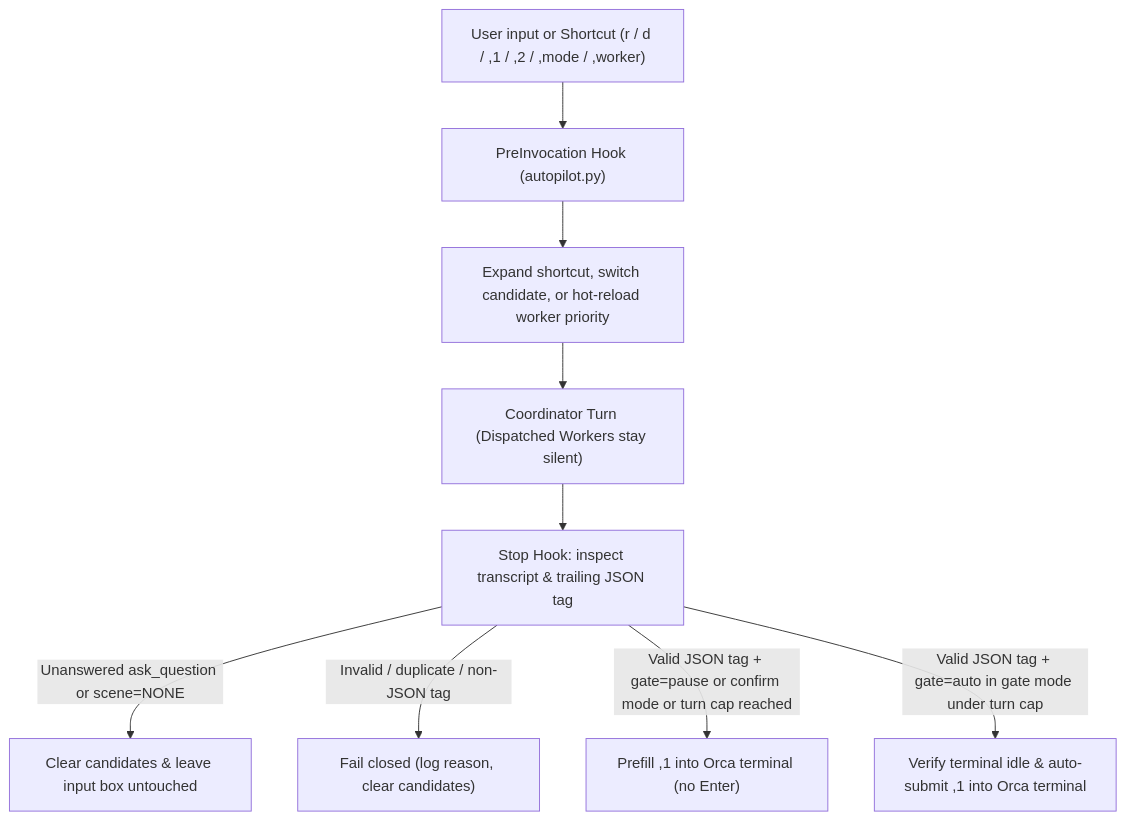
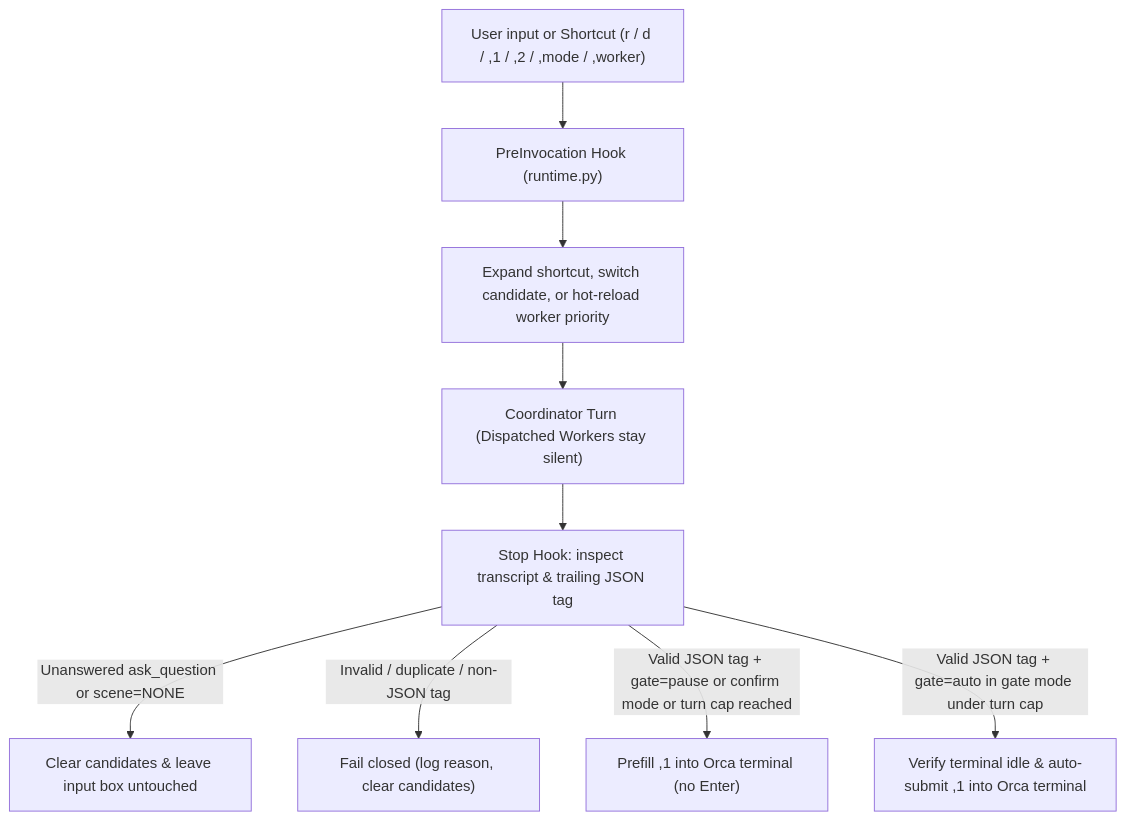
Before and after one commit to sensebeing/the-pilot: the diagram in README.md, drawn with Mermaid. The commit also changed other lines of this file and 32 other files, not shown here.

````diff
--- a/README.md
+++ b/README.md
@@ -106,11 +106,11 @@
 ```mermaid
 flowchart TD
-    A["User input or Shortcut (r / d / ,1 / ,2 / ,mode / ,worker)"] --> B["PreInvocation Hook (autopilot.py)"]
+    A["User input or Shortcut (r / d / ,1 / ,2 / ,mode / ,worker)"] --> B["PreInvocation Hook (runtime.py)"]
     B --> C["Expand shortcut, switch candidate, or hot-reload worker priority"]
     C --> D["Coordinator Turn (Dispatched Workers stay silent)"]
     D --> E["Stop Hook: inspect transcript & trailing JSON tag"]
     E -->|Unanswered ask_question or scene=NONE| F["Clear candidates & leave input box untouched"]
     E -->|Invalid / duplicate / non-JSON tag| G["Fail closed (log reason, clear candidates)"]
     E -->|Valid JSON tag + gate=pause or confirm mode or turn cap reached| H["Prefill ,1 into Orca terminal (no Enter)"]
     E -->|Valid JSON tag + gate=auto in gate mode under turn cap| I["Verify terminal idle & auto-submit ,1 into Orca terminal"]
 ```
````
